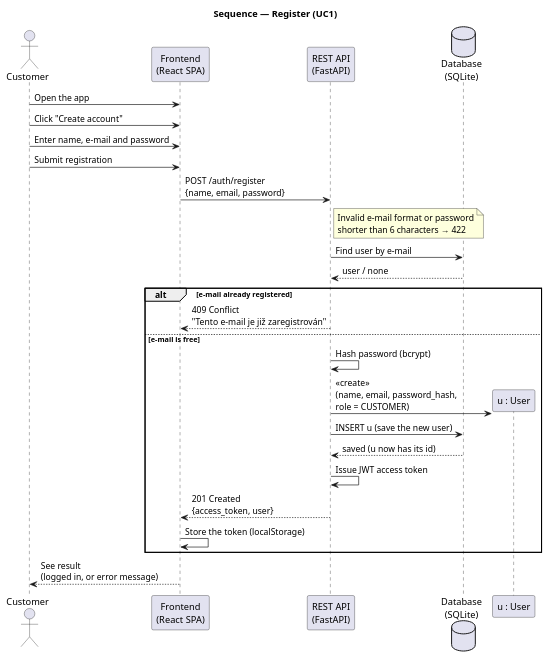
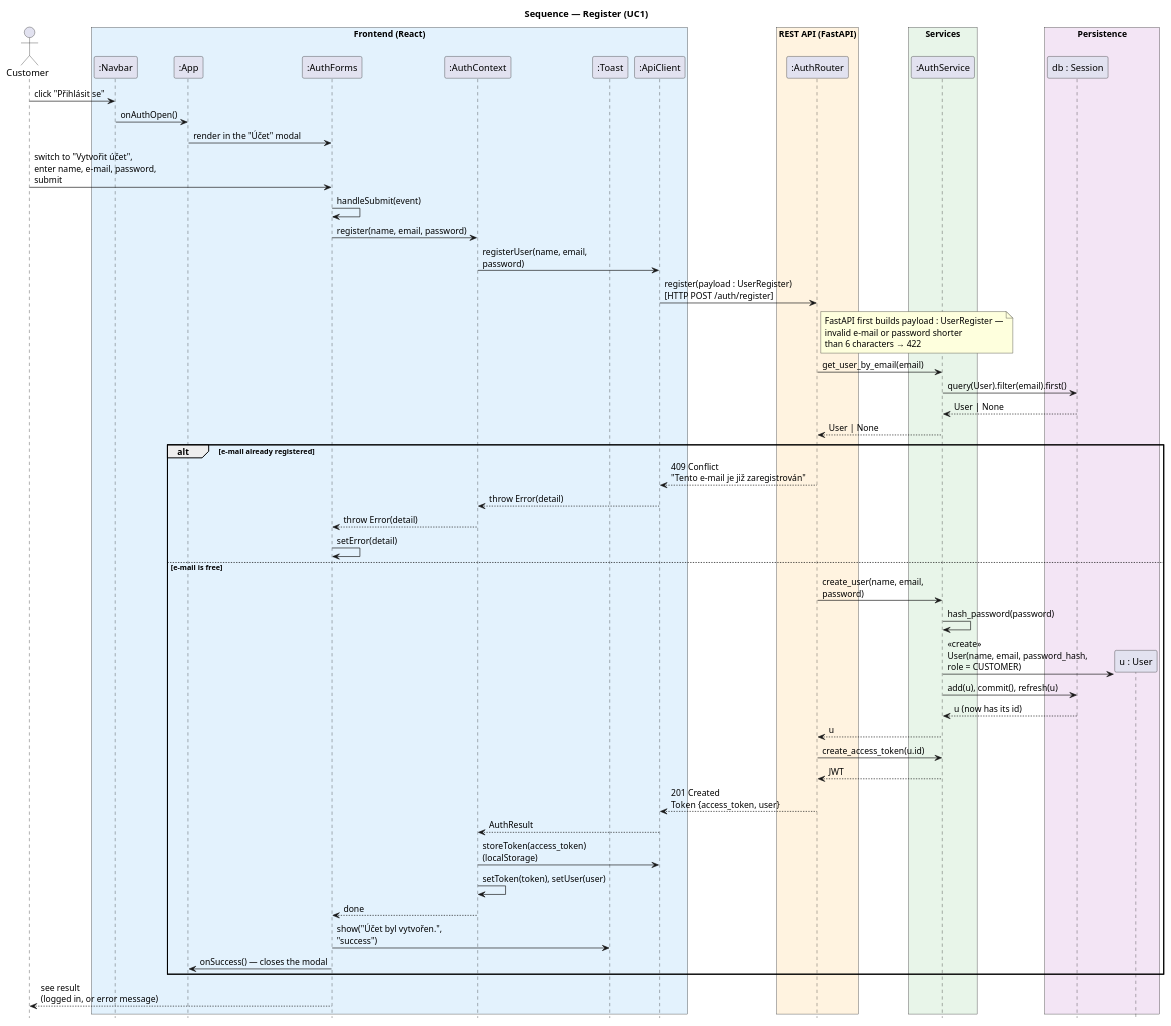
One commit to DavidMagyarics/CarRentalVSB changed the diagram in docs/diagrams/sequence-register.puml. Above: the diagram before and after it, drawn with PlantUML. The commit also changed 45 other files, not shown here.

Commit message:
docs: model the sequence diagrams on concrete classes and objects, sync the class diagram with the code

```diff
--- a/docs/diagrams/sequence-register.puml
+++ b/docs/diagrams/sequence-register.puml
@@ -1,36 +1,71 @@
 @startuml sequence-register
 skinparam backgroundColor white
+skinparam responseMessageBelowArrow true
+skinparam maxMessageSize 220
+hide footbox
 title Sequence — Register (UC1)
 
 actor Customer
-participant "Frontend\n(React SPA)" as FE
-participant "REST API\n(FastAPI)" as API
-database "Database\n(SQLite)" as DB
+box "Frontend (React)" #E3F2FD
+  participant ":Navbar" as Navbar
+  participant ":App" as App
+  participant ":AuthForms" as AuthForms
+  participant ":AuthContext" as AuthContext
+  participant ":Toast" as Toast
+  participant ":ApiClient" as ApiClient
+end box
+box "REST API (FastAPI)" #FFF3E0
+  participant ":AuthRouter" as AuthRouter
+end box
+box "Services" #E8F5E9
+  participant ":AuthService" as AuthService
+end box
+box "Persistence" #F3E5F5
+  participant "db : Session" as DB
+  participant "u : User" as U
+end box
 
-Customer -> FE: Open the app
-Customer -> FE: Click "Create account"
-Customer -> FE: Enter name, e-mail and password
-Customer -> FE: Submit registration
-FE -> API: POST /auth/register\n{name, email, password}
-note right of API
-  Invalid e-mail format or password
-  shorter than 6 characters → 422
+Customer -> Navbar : click "Přihlásit se"
+Navbar -> App : onAuthOpen()
+App -> AuthForms : render in the "Účet" modal
+Customer -> AuthForms : switch to "Vytvořit účet",\nenter name, e-mail, password, submit
+AuthForms -> AuthForms : handleSubmit(event)
+AuthForms -> AuthContext : register(name, email, password)
+AuthContext -> ApiClient : registerUser(name, email, password)
+ApiClient -> AuthRouter : register(payload : UserRegister)\n[HTTP POST /auth/register]
+note right of AuthRouter
+  FastAPI first builds payload : UserRegister —
+  invalid e-mail or password shorter
+  than 6 characters → 422
 end note
-API -> DB: Find user by e-mail
-DB --> API: user / none
+AuthRouter -> AuthService : get_user_by_email(email)
+AuthService -> DB : query(User).filter(email).first()
+DB --> AuthService : User | None
+AuthService --> AuthRouter : User | None
 
 alt e-mail already registered
-  API --> FE: 409 Conflict\n"Tento e-mail je již zaregistrován"
+  AuthRouter --> ApiClient : 409 Conflict\n"Tento e-mail je již zaregistrován"
+  ApiClient --> AuthContext : throw Error(detail)
+  AuthContext --> AuthForms : throw Error(detail)
+  AuthForms -> AuthForms : setError(detail)
 else e-mail is free
-  API -> API: Hash password (bcrypt)
-  create participant "u : User" as U
-  API -> U: <<create>>\n(name, email, password_hash,\nrole = CUSTOMER)
-  API -> DB: INSERT u (save the new user)
-  DB --> API: saved (u now has its id)
-  API -> API: Issue JWT access token
-  API --> FE: 201 Created\n{access_token, user}
-  FE -> FE: Store the token (localStorage)
+  AuthRouter -> AuthService : create_user(name, email, password)
+  AuthService -> AuthService : hash_password(password)
+  create U
+  AuthService -> U : <<create>>\nUser(name, email, password_hash,\nrole = CUSTOMER)
+  AuthService -> DB : add(u), commit(), refresh(u)
+  DB --> AuthService : u (now has its id)
+  AuthService --> AuthRouter : u
+  AuthRouter -> AuthService : create_access_token(u.id)
+  AuthService --> AuthRouter : JWT
+  AuthRouter --> ApiClient : 201 Created\nToken {access_token, user}
+  ApiClient --> AuthContext : AuthResult
+  AuthContext -> ApiClient : storeToken(access_token)\n(localStorage)
+  AuthContext -> AuthContext : setToken(token), setUser(user)
+  AuthContext --> AuthForms : done
+  AuthForms -> Toast : show("Účet byl vytvořen.", "success")
+  AuthForms -> App : onSuccess() — closes the modal
 end
 
-FE --> Customer: See result\n(logged in, or error message)
+AuthForms --> Customer : see result\n(logged in, or error message)
 @enduml
```
